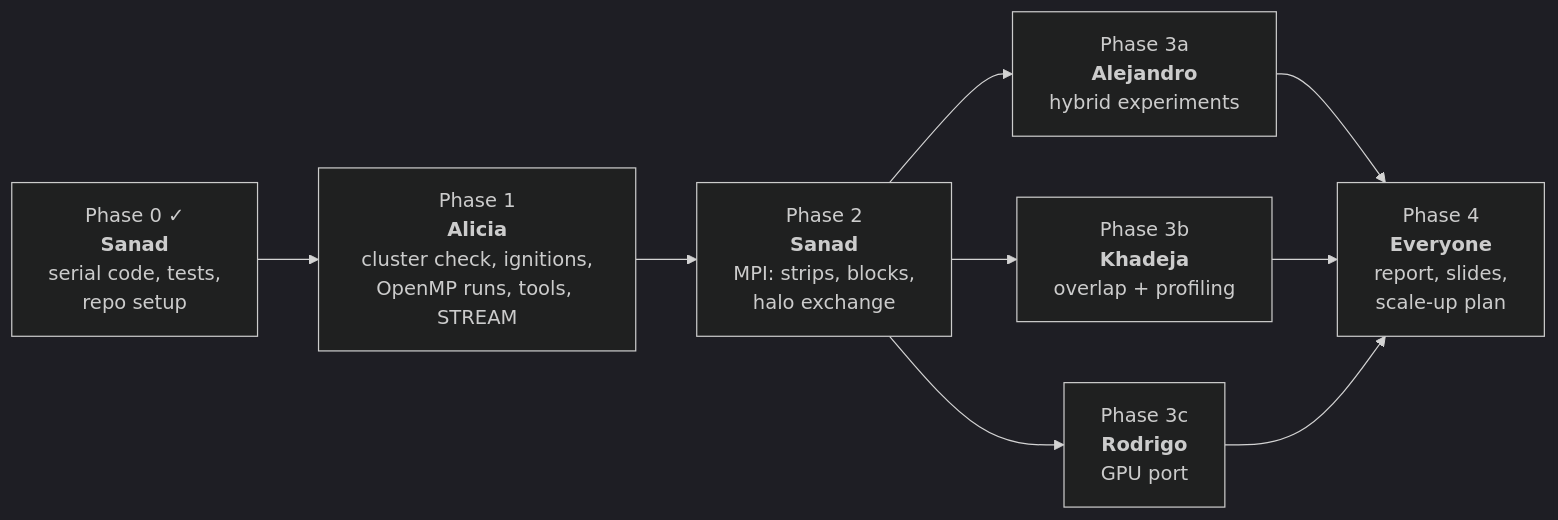
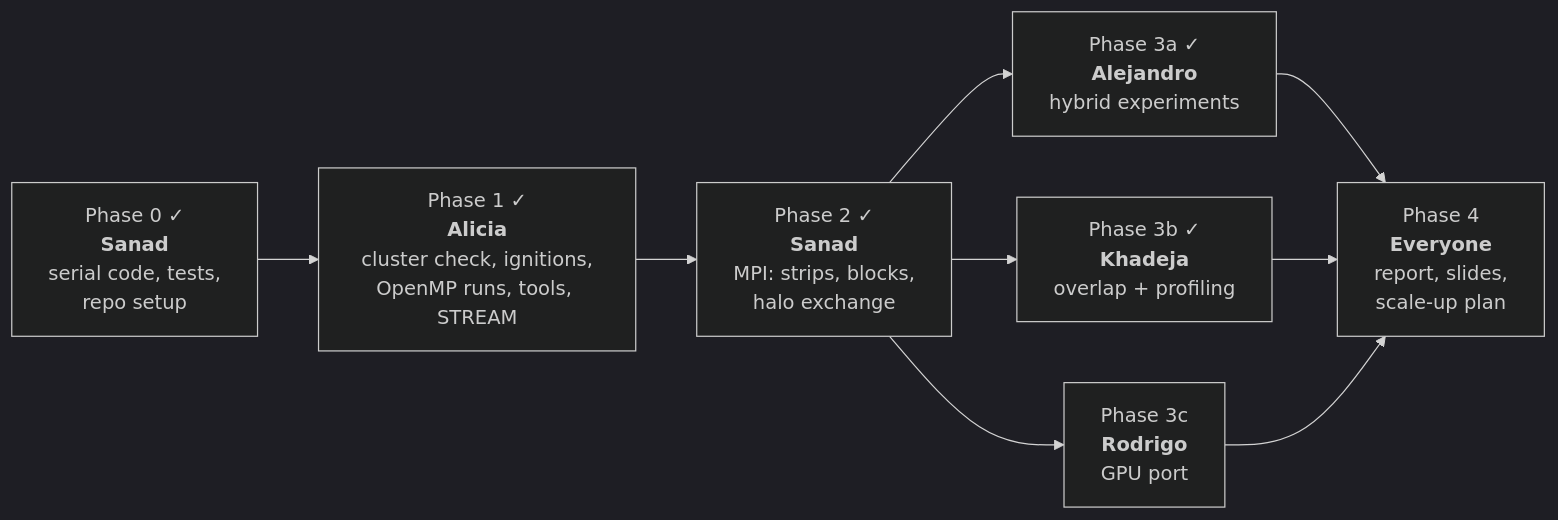
The second of 2 diagrams in README.md (sanadhamadd/firefront-hpc), drawn with Mermaid (dark theme) before and after one commit. The commit also changed other lines of this file, not shown here.

````diff
--- a/README.md
+++ b/README.md
@@ -204,11 +212,11 @@
 ```mermaid
 flowchart LR
-    P0["Phase 0 ✓<br/><b>Sanad</b><br/>serial code, tests,<br/>repo setup"] --> P1["Phase 1<br/><b>Alicia</b><br/>cluster check, ignitions,<br/>OpenMP runs, tools, STREAM"]
-    P1 --> P2["Phase 2<br/><b>Sanad</b><br/>MPI: strips, blocks,<br/>halo exchange"]
-    P2 --> P3a["Phase 3a<br/><b>Alejandro</b><br/>hybrid experiments"]
-    P2 --> P3b["Phase 3b<br/><b>Khadeja</b><br/>overlap + profiling"]
+    P0["Phase 0 ✓<br/><b>Sanad</b><br/>serial code, tests,<br/>repo setup"] --> P1["Phase 1 ✓<br/><b>Alicia</b><br/>cluster check, ignitions,<br/>OpenMP runs, tools, STREAM"]
+    P1 --> P2["Phase 2 ✓<br/><b>Sanad</b><br/>MPI: strips, blocks,<br/>halo exchange"]
+    P2 --> P3a["Phase 3a ✓<br/><b>Alejandro</b><br/>hybrid experiments"]
+    P2 --> P3b["Phase 3b ✓<br/><b>Khadeja</b><br/>overlap + profiling"]
     P2 --> P3c["Phase 3c<br/><b>Rodrigo</b><br/>GPU port"]
     P3a --> P4["Phase 4<br/><b>Everyone</b><br/>report, slides,<br/>scale-up plan"]
     P3b --> P4
     P3c --> P4
 ```
````
